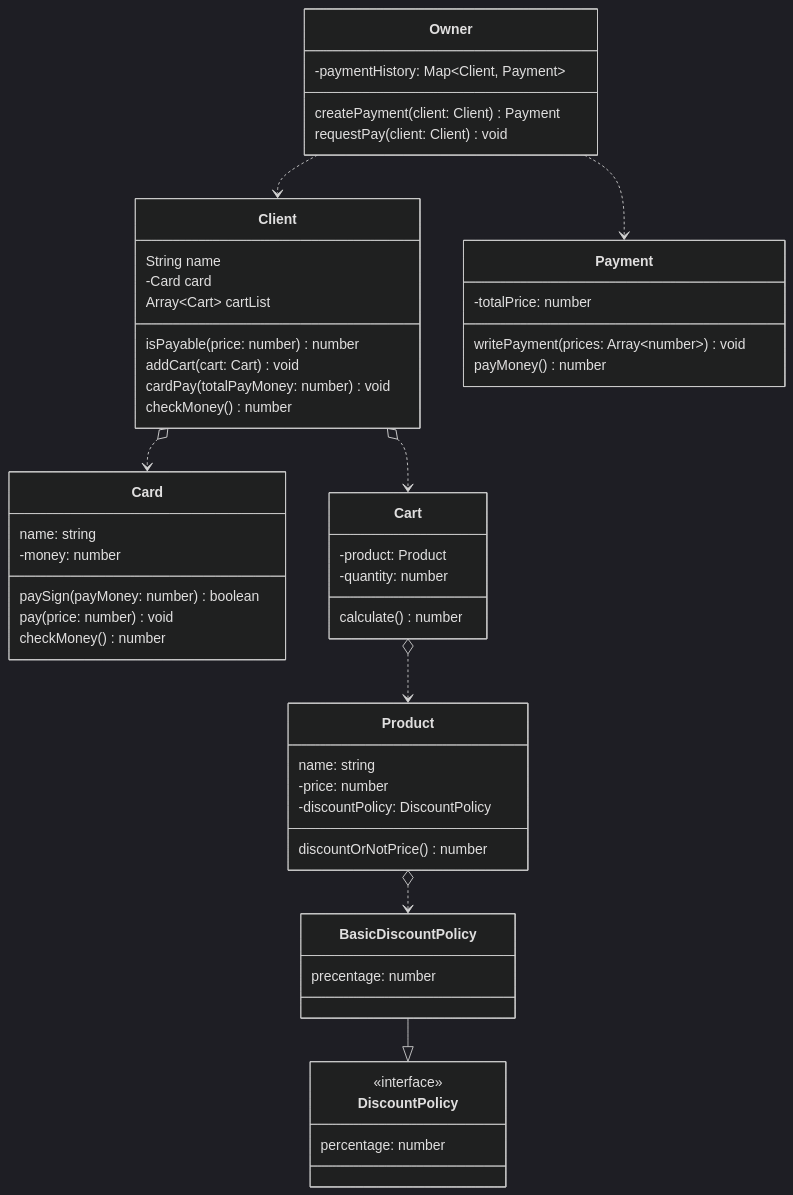
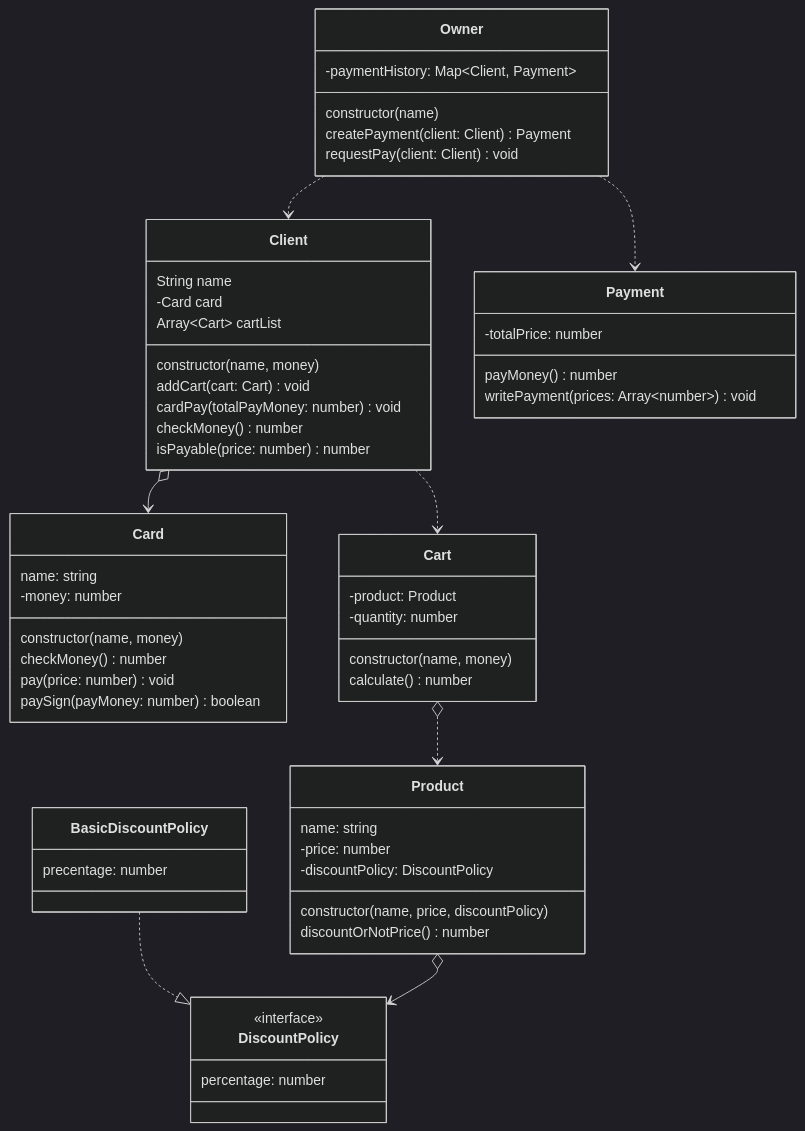
The first of 2 diagrams in uml/payment.md (kkn1125/freeonboarding-backend-challenge-subject-01), drawn with Mermaid (dark theme) before and after one commit.

Commit message:
🛠️ fix: uml 연결 표시 및 프로퍼티 수정, 생성자 추가

````diff
--- a/uml/payment.md
+++ b/uml/payment.md
@@ -5,66 +5,67 @@
 ```mermaid
 classDiagram
   class Client {
     String name
     -Card card
     Array~Cart~ cartList
-
-    isPayable(price: number) number
+    constructor(name, money)
     addCart(cart: Cart) void
     cardPay(totalPayMoney: number) void
     checkMoney() number
+    isPayable(price: number) number
   }
 
   class Owner {
     -paymentHistory: Map~Client, Payment~
-
+    constructor(name)
     createPayment(client: Client) Payment
     requestPay(client: Client) void
   }
 
   class Card {
     name: string
     -money: number
-
+    constructor(name, money)
+    checkMoney() number
+    pay(price: number) void
     paySign(payMoney: number) boolean
-    pay(price: number) void
-    checkMoney() number
   }
 
   class Payment {
     -totalPrice: number
+    payMoney() number
     writePayment(prices: Array~number~) void
-    payMoney() number
   }
 
   class Product {
     name: string
     -price: number
     -discountPolicy: DiscountPolicy
+    constructor(name, price, discountPolicy)
     discountOrNotPrice() number
   }
 
   class DiscountPolicy {
     <<interface>>
     percentage: number
   }
 
   class BasicDiscountPolicy {
     precentage: number
   }
 
   class Cart {
     -product: Product
     -quantity: number
-
+    constructor(name, money)
     calculate() number
   }
 
-  Client o..> Card
-  Client o..> Cart
-  Cart o..> Product
-  Product o..> BasicDiscountPolicy
-  BasicDiscountPolicy --|> DiscountPolicy
   Owner ..> Client
   Owner ..> Payment
+  Client o--> Card
+  Client ..> Cart
+  Cart o..> Product
+  BasicDiscountPolicy ..|> DiscountPolicy
+  Product o--> DiscountPolicy
 ```
````
